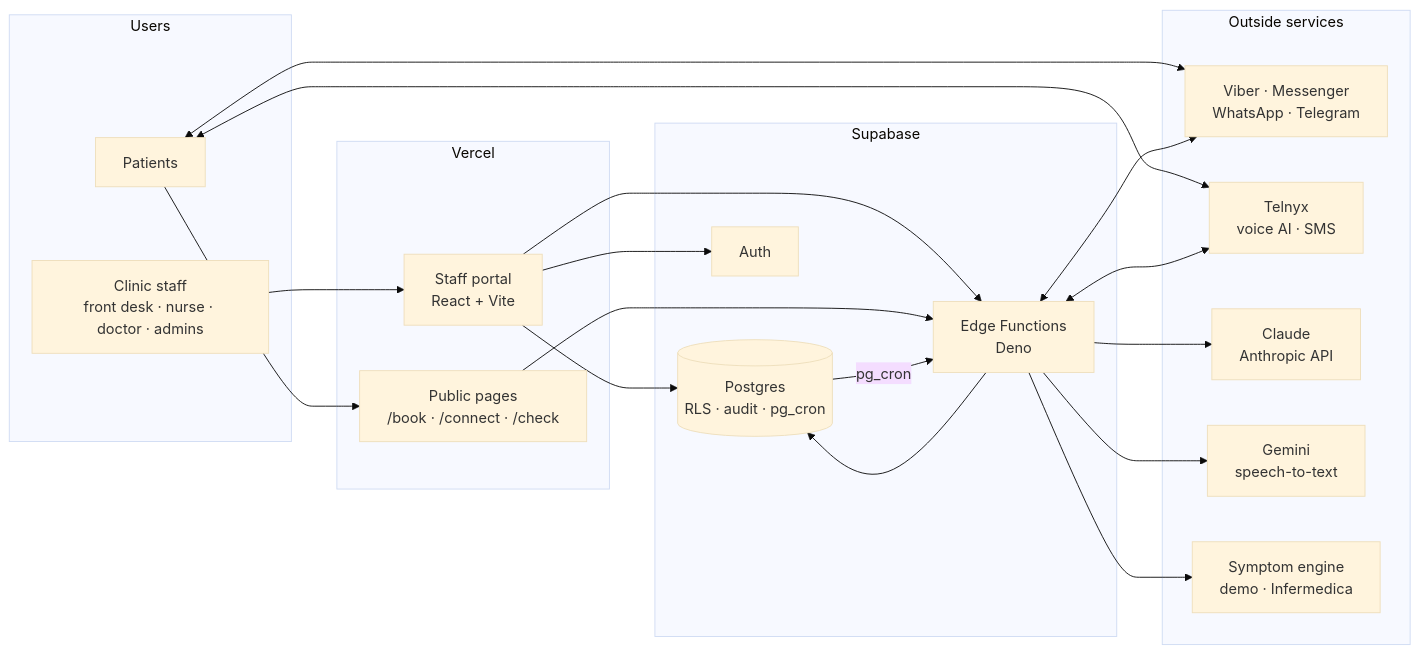
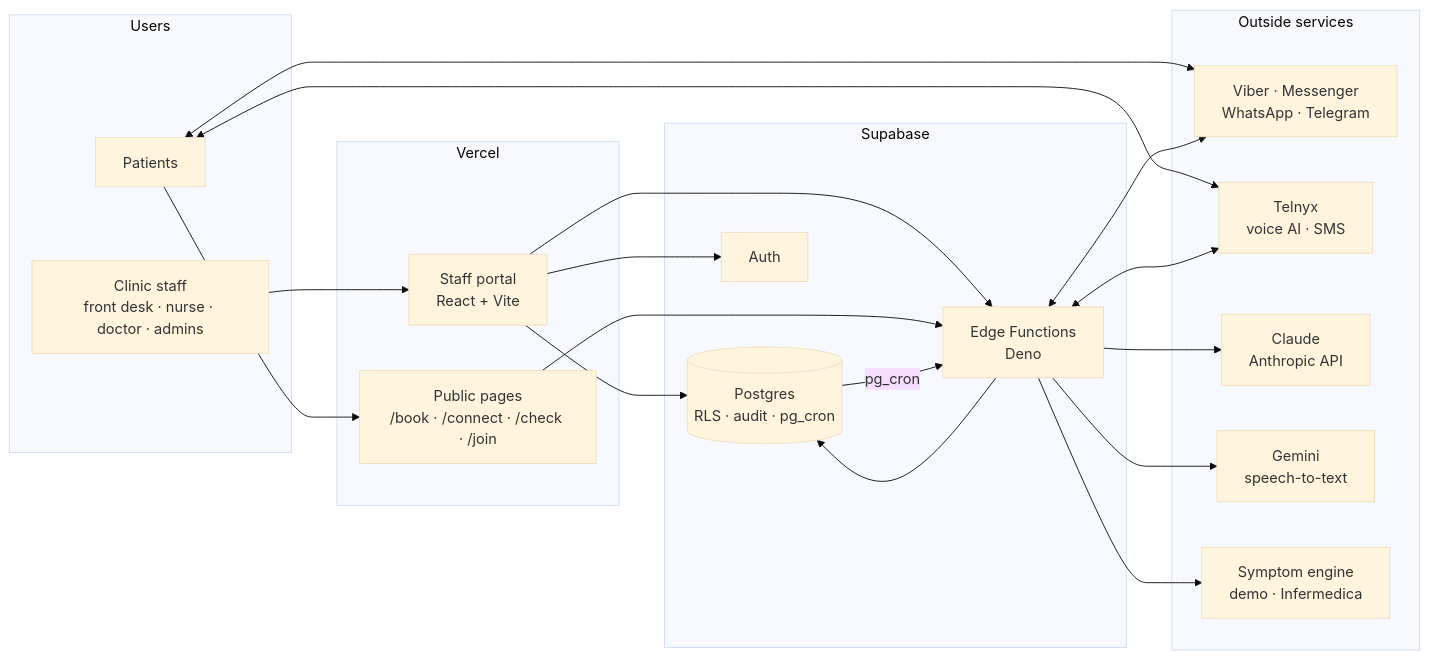
Before and after one commit to mikeA911/CarecallPH: the diagram in docs/architecture.md, drawn with Mermaid (base theme). The commit also changed other lines of this file and 23 other files, not shown here.

````diff
--- a/docs/architecture.md
+++ b/docs/architecture.md
@@ -11,38 +11,38 @@
 ```mermaid
 flowchart LR
   subgraph Users
     staff[Clinic staff<br/>front desk · nurse · doctor · admins]
     patient[Patients]
   end
   subgraph Vercel
     portal[Staff portal<br/>React + Vite]
-    public[Public pages<br/>/book · /connect · /check]
+    public[Public pages<br/>/book · /connect · /check · /join]
   end
   subgraph Supabase
     db[(Postgres<br/>RLS · audit · pg_cron)]
     fn[Edge Functions<br/>Deno]
     auth[Auth]
   end
   subgraph Outside services
     chat[Viber · Messenger<br/>WhatsApp · Telegram]
     telnyx[Telnyx<br/>voice AI · SMS]
     claude[Claude<br/>Anthropic API]
     gemini[Gemini<br/>speech-to-text]
     engine[Symptom engine<br/>demo · Infermedica]
   end
   staff --> portal
   patient --> public
   patient <--> chat
   patient <--> telnyx
   portal --> auth
   portal --> db
   portal --> fn
   public --> fn
   fn --> db
   db -- pg_cron --> fn
   fn <--> chat
   fn <--> telnyx
   fn --> claude
   fn --> gemini
   fn --> engine
 ```
````
